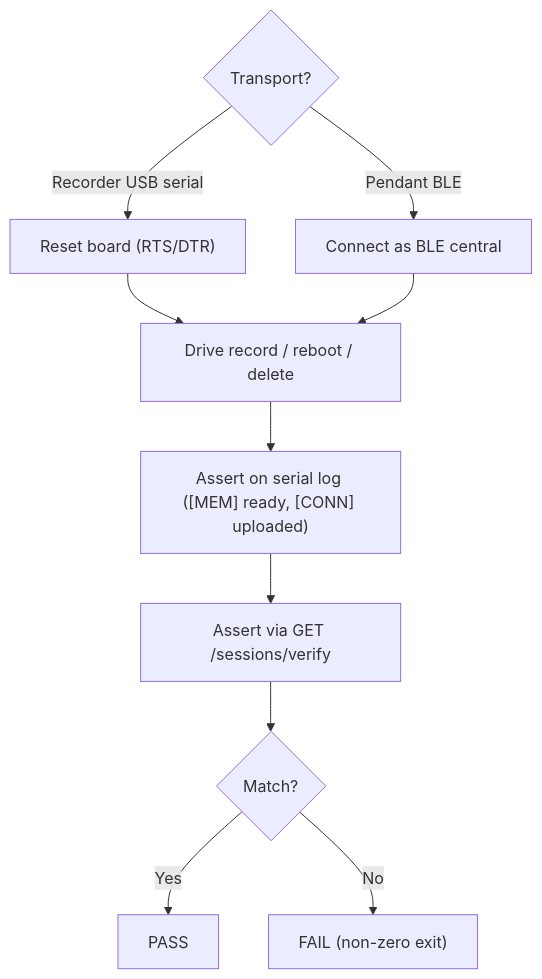
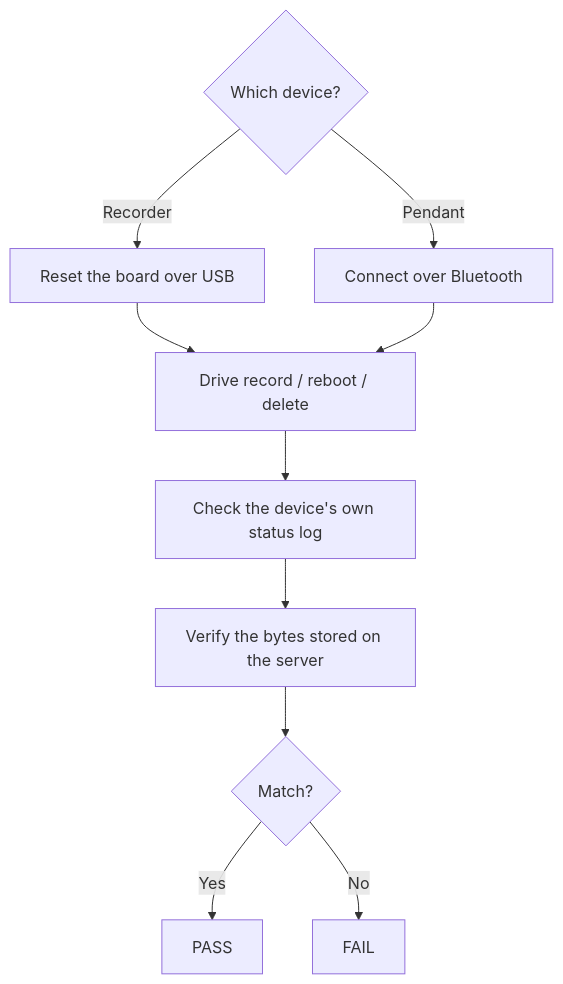
Before and after one commit to Longcao24/sate-companion: the diagram in docs-site/docs/operations/hardware-testing.md, drawn with Mermaid. The commit also changed other lines of this file and 17 other files, not shown here.

First line of the commit message:
docs-site: generalize published docs + add system-overview diagram

````diff
--- a/docs-site/docs/operations/hardware-testing.md
+++ b/docs-site/docs/operations/hardware-testing.md
@@ -48,13 +35,13 @@
 ```mermaid
 flowchart TD
-    T{"Transport?"}
-    T -->|Recorder USB serial| RS["Reset board (RTS/DTR)"]
-    T -->|Pendant BLE| PS["Connect as BLE central"]
+    T{"Which device?"}
+    T -->|Recorder| RS["Reset the board over USB"]
+    T -->|Pendant| PS["Connect over Bluetooth"]
     RS --> D["Drive record / reboot / delete"]
     PS --> D
-    D --> AL["Assert on serial log ([MEM] ready, [CONN] uploaded)"]
-    AL --> AV["Assert via GET /sessions/verify"]
+    D --> AL["Check the device's own status log"]
+    AL --> AV["Verify the bytes stored on the server"]
     AV --> V{"Match?"}
     V -->|Yes| PASS["PASS"]
-    V -->|No| FAIL["FAIL (non-zero exit)"]
+    V -->|No| FAIL["FAIL"]
 ```
````
